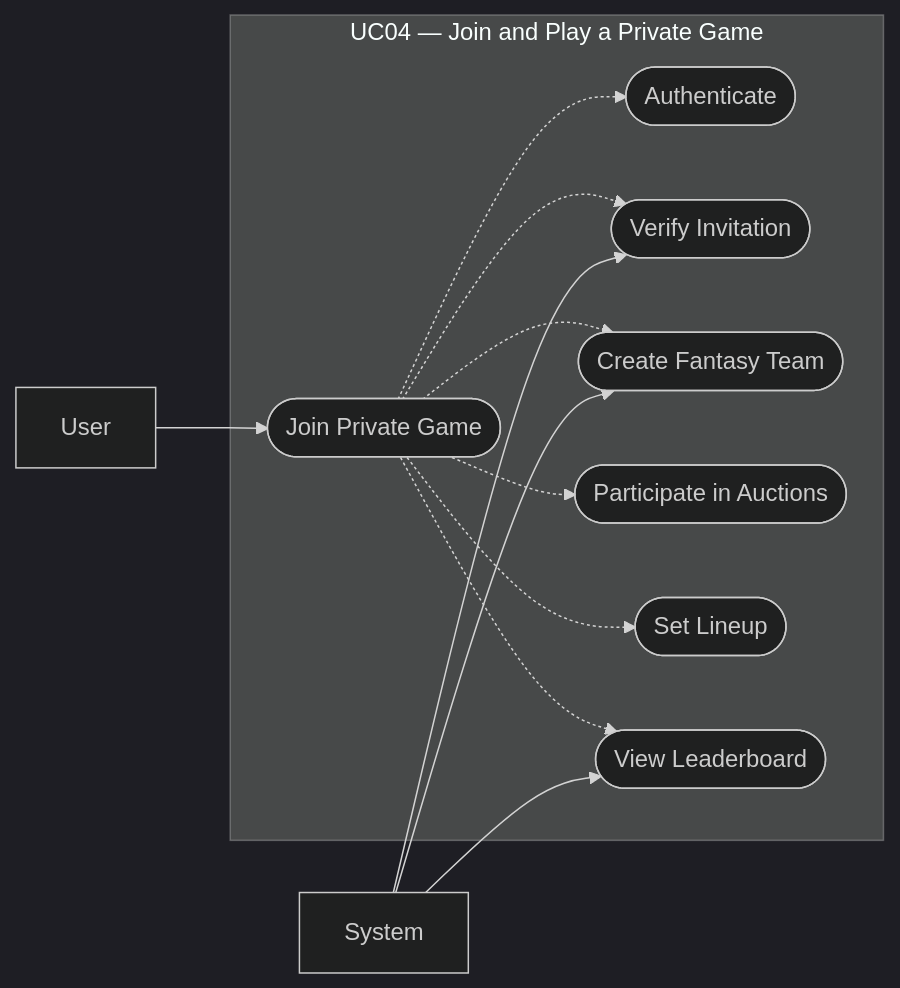
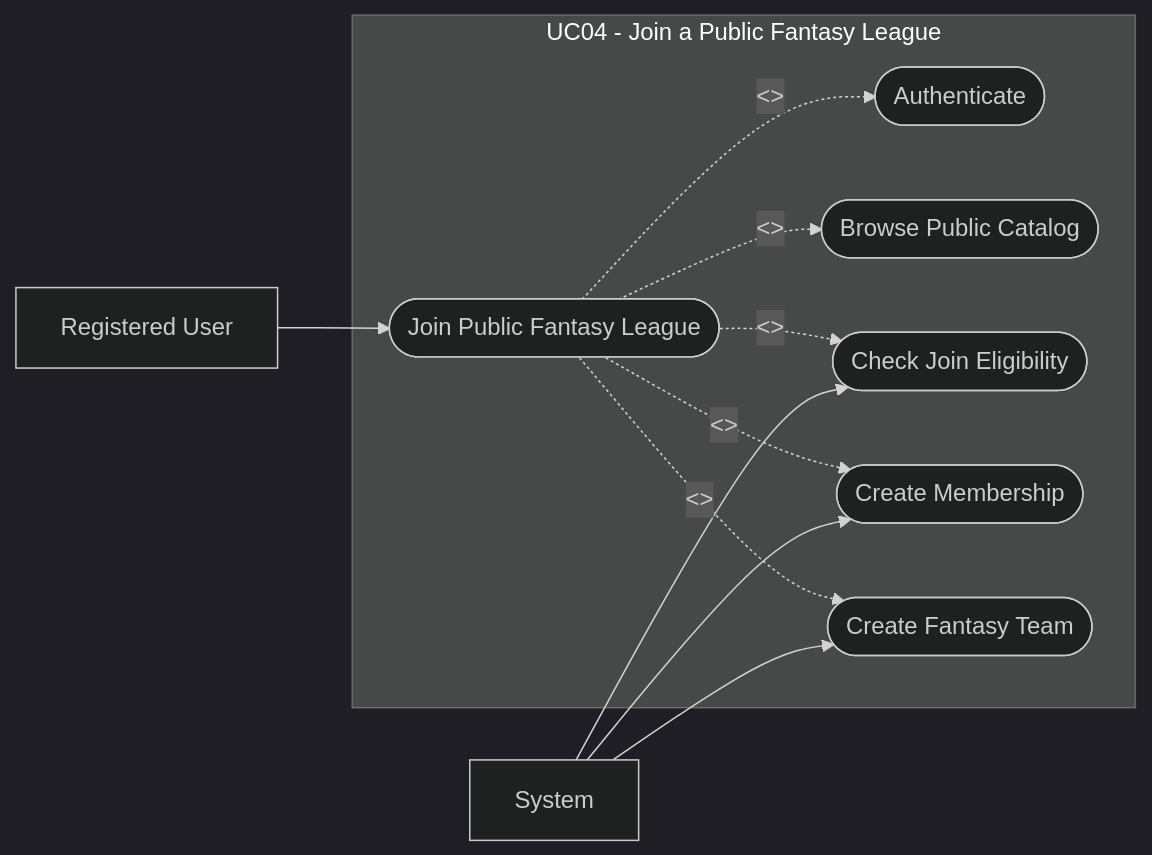
The diagram in docs/uc/04.md (lschvn/league-of-fantasy), drawn with Mermaid (dark theme) before and after one commit. The commit also changed other lines of this file and 14 other files, not shown here.

Commit message:
Rewrite fantasy league documentation model

````diff
--- a/docs/uc/04.md
+++ b/docs/uc/04.md
@@ -76,28 +70,25 @@
 ```mermaid
 graph LR
-    User["User"]
+    User["Registered User"]
     System["System"]
 
-    subgraph "UC04 — Join and Play a Private Game"
-        UC04(["Join Private Game"])
+    subgraph "UC04 - Join a Public Fantasy League"
+        UC04(["Join Public Fantasy League"])
         UC_Auth(["Authenticate"])
-        UC_Verify(["Verify Invitation"])
+        UC_Browse(["Browse Public Catalog"])
+        UC_Check(["Check Join Eligibility"])
+        UC_CreateMembership(["Create Membership"])
         UC_CreateTeam(["Create Fantasy Team"])
-        UC_Auctions(["Participate in Auctions"])
-        UC_Lineup(["Set Lineup"])
-        UC_Leaderboard(["View Leaderboard"])
     end
 
     User --> UC04
-    UC04 -. "<include>" .-> UC_Auth
-    UC04 -. "<include>" .-> UC_Verify
-    UC04 -. "<include>" .-> UC_CreateTeam
-    UC04 -. "<include>" .-> UC_Auctions
-    UC04 -. "<include>" .-> UC_Lineup
-    UC04 -. "<include>" .-> UC_Leaderboard
+    UC04 -. "<<include>>" .-> UC_Auth
+    UC04 -. "<<include>>" .-> UC_Browse
+    UC04 -. "<<include>>" .-> UC_Check
+    UC04 -. "<<include>>" .-> UC_CreateMembership
+    UC04 -. "<<include>>" .-> UC_CreateTeam
 
-    System --> UC_Verify
+    System --> UC_Check
+    System --> UC_CreateMembership
     System --> UC_CreateTeam
-    System --> UC_Leaderboard
-
 ```
````
